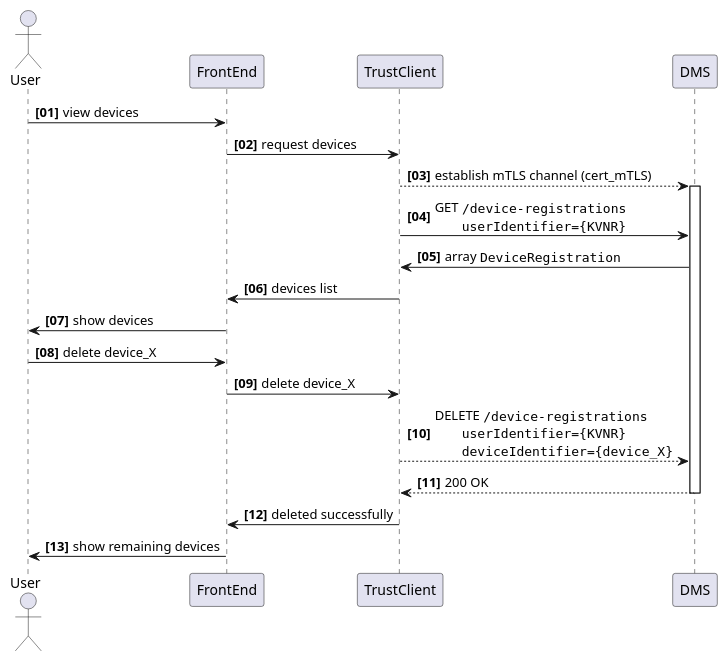
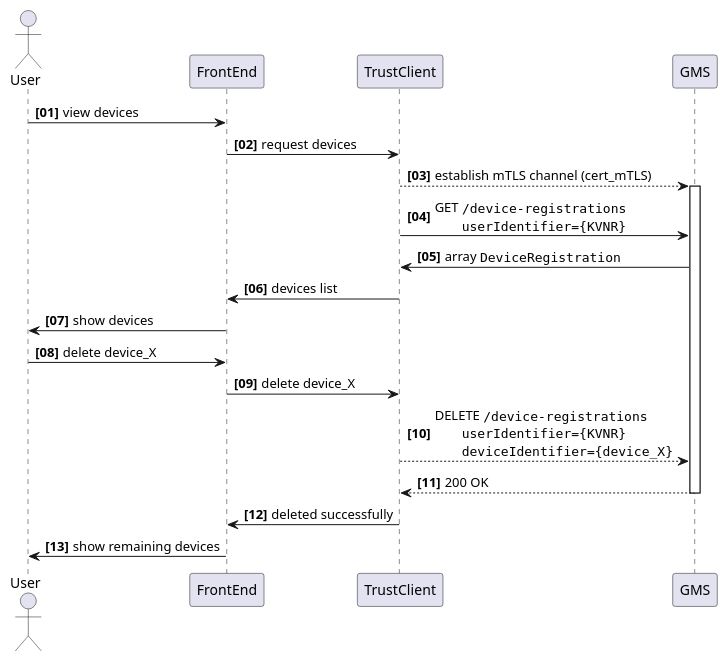
Before and after one commit to gematik/poc-dsr-documentation: the diagram in content/en/docs/rfcs/dsr-rfc-03/main_flow.puml, drawn with PlantUML. The commit also changed 15 other files, not shown here.

Commit message:
resolved GMS - DMS ambiguity

```diff
--- a/content/en/docs/rfcs/dsr-rfc-03/main_flow.puml
+++ b/content/en/docs/rfcs/dsr-rfc-03/main_flow.puml
@@ -1,21 +1,21 @@
 @startuml DSR-RFC-03 Main Flow 
 autonumber "<b>[00]"
 
 actor User as User
 
 User -> FrontEnd: view devices
 FrontEnd -> TrustClient: request devices
 
-TrustClient --> DMS++: establish mTLS channel (cert_mTLS)
-TrustClient -> DMS: GET ""/device-registrations""\n\t""userIdentifier={KVNR}""
-DMS -> TrustClient: array ""DeviceRegistration""
+TrustClient --> GMS++: establish mTLS channel (cert_mTLS)
+TrustClient -> GMS: GET ""/device-registrations""\n\t""userIdentifier={KVNR}""
+GMS -> TrustClient: array ""DeviceRegistration""
 TrustClient -> FrontEnd: devices list
 FrontEnd -> User: show devices
 User -> FrontEnd: delete device_X
 FrontEnd -> TrustClient: delete device_X
-TrustClient --> DMS: DELETE ""/device-registrations""\n\t""userIdentifier={KVNR}""\n\t""deviceIdentifier={device_X}""
-DMS --> TrustClient--: 200 OK
+TrustClient --> GMS: DELETE ""/device-registrations""\n\t""userIdentifier={KVNR}""\n\t""deviceIdentifier={device_X}""
+GMS --> TrustClient--: 200 OK
 TrustClient -> FrontEnd: deleted successfully
 FrontEnd -> User: show remaining devices
 
 @enduml
```
